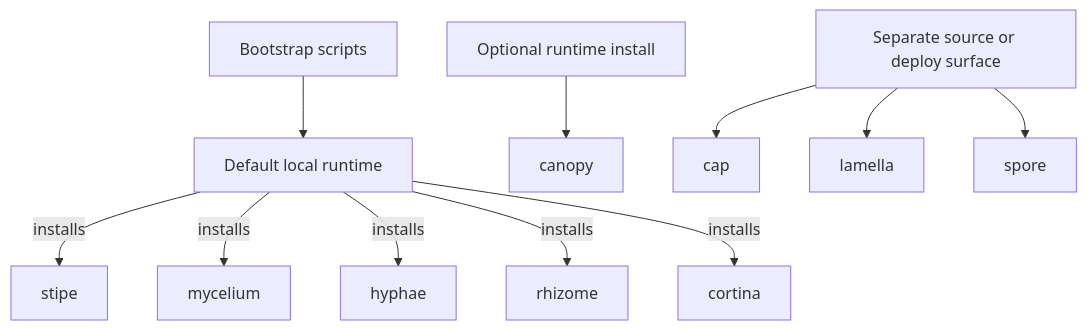
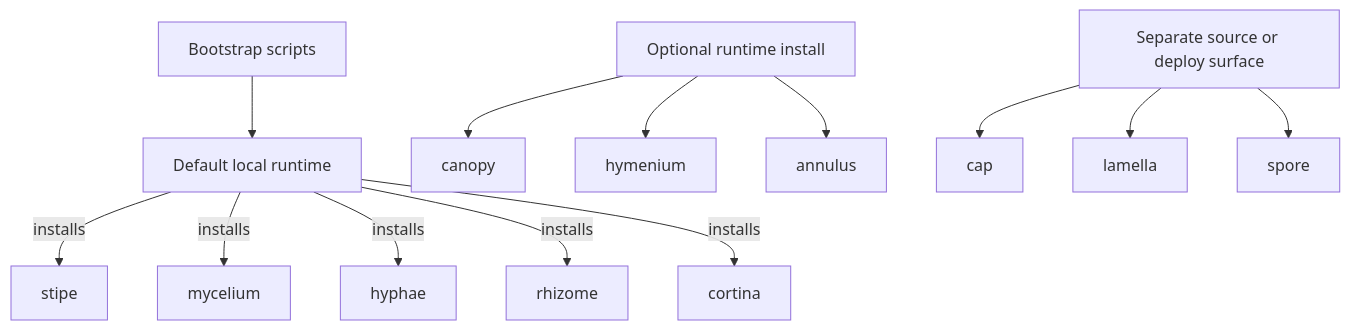
The diagram in docs/getting-started/install-scope.md (basidiocarp/.github), drawn with Mermaid before and after one commit. The commit also changed other lines of this file and 7 other files, not shown here.

Commit message:
docs: add hymenium and annulus to ecosystem tables and architecture docs

````diff
--- a/docs/getting-started/install-scope.md
+++ b/docs/getting-started/install-scope.md
@@ -20,13 +20,15 @@
 ```mermaid
 flowchart TD
   Bootstrap["Bootstrap scripts"] --> Default["Default local runtime"]
   Default -->|" installs "| Stipe["stipe"]
   Default -->|" installs "| Mycelium["mycelium"]
   Default -->|" installs "| Hyphae["hyphae"]
   Default -->|" installs "| Rhizome["rhizome"]
   Default -->|" installs "| Cortina["cortina"]
   Optional["Optional runtime install"] --> Canopy["canopy"]
+  Optional --> Hymenium["hymenium"]
+  Optional --> Annulus["annulus"]
   Separate["Separate source or deploy surface"] --> Cap["cap"]
   Separate --> Lamella["lamella"]
   Separate --> Spore["spore"]
 ```
````
